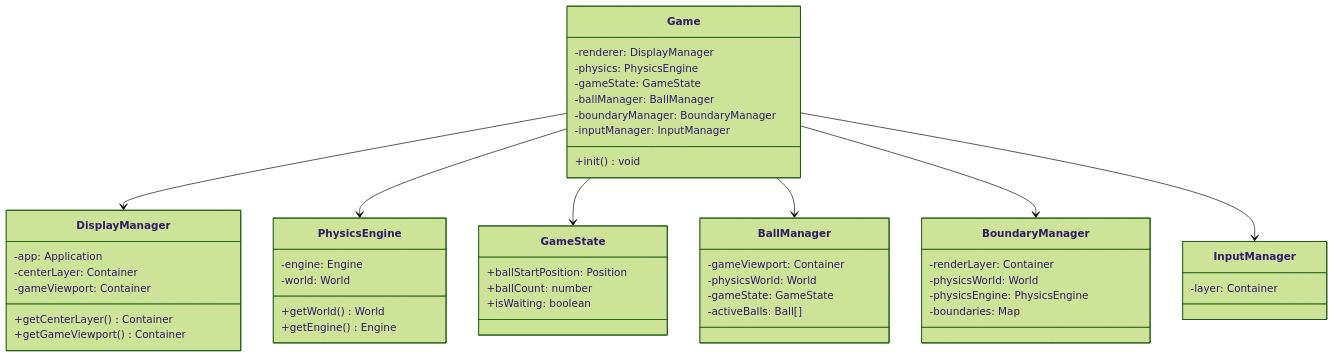
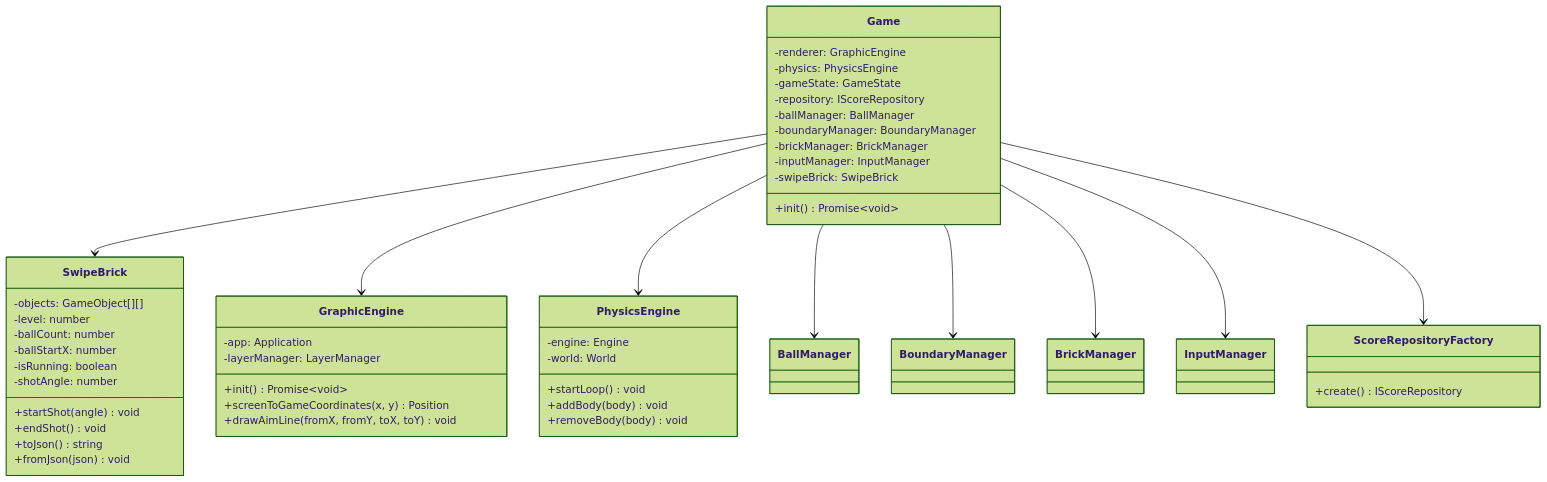
The first of 2 diagrams in README.md (oyc0401/swipebrick), drawn with Mermaid (forest theme) before and after one commit. The commit also changed other lines of this file and 1 other file, not shown here.

````diff
--- a/README.md
+++ b/README.md
@@ -7,54 +36,58 @@
 ```mermaid
 classDiagram
 direction TB
     class Game {
-	    -renderer: DisplayManager
-	    -physics: PhysicsEngine
-	    -gameState: GameState
-	    -ballManager: BallManager
-	    -boundaryManager: BoundaryManager
-	    -inputManager: InputManager
-	    +init() void
-    }
-    class DisplayManager {
-	    -app: Application
-	    -centerLayer: Container
-	    -gameViewport: Container
-	    +getCenterLayer() Container
-	    +getGameViewport() Container
-    }
-    class PhysicsEngine {
-	    -engine: Engine
-	    -world: World
-	    +getWorld() World
-	    +getEngine() Engine
-    }
-    class GameState {
-	    +ballStartPosition: Position
-	    +ballCount: number
-	    +isWaiting: boolean
-    }
-    class BallManager {
-	    -gameViewport: Container
-	    -physicsWorld: World
-	    -gameState: GameState
-	    -activeBalls: Ball[]
-    }
-    class BoundaryManager {
-	    -renderLayer: Container
-	    -physicsWorld: World
-	    -physicsEngine: PhysicsEngine
-	    -boundaries: Map
-    }
-    class InputManager {
-	    -layer: Container
+        -renderer: GraphicEngine
+        -physics: PhysicsEngine
+        -gameState: GameState
+        -repository: IScoreRepository
+        -ballManager: BallManager
+        -boundaryManager: BoundaryManager
+        -brickManager: BrickManager
+        -inputManager: InputManager
+        -swipeBrick: SwipeBrick
+        +init() Promise~void~
     }
 
-    Game --> DisplayManager
+    class SwipeBrick {
+        -objects: GameObject[][]
+        -level: number
+        -ballCount: number
+        -ballStartX: number
+        -isRunning: boolean
+        -shotAngle: number
+        +startShot(angle) void
+        +endShot() void
+        +toJson() string
+        +fromJson(json) void
+    }
+
+    class GraphicEngine {
+        -app: Application
+        -layerManager: LayerManager
+        +init() Promise~void~
+        +screenToGameCoordinates(x, y) Position
+        +drawAimLine(fromX, fromY, toX, toY) void
+    }
+
+    class PhysicsEngine {
+        -engine: Engine
+        -world: World
+        +startLoop() void
+        +addBody(body) void
+        +removeBody(body) void
+    }
+
+    class ScoreRepositoryFactory {
+        +create() IScoreRepository
+    }
+
+    Game --> SwipeBrick
+    Game --> GraphicEngine
     Game --> PhysicsEngine
-    Game --> GameState
     Game --> BallManager
     Game --> BoundaryManager
+    Game --> BrickManager
     Game --> InputManager
-
+    Game --> ScoreRepositoryFactory
 ```
````
